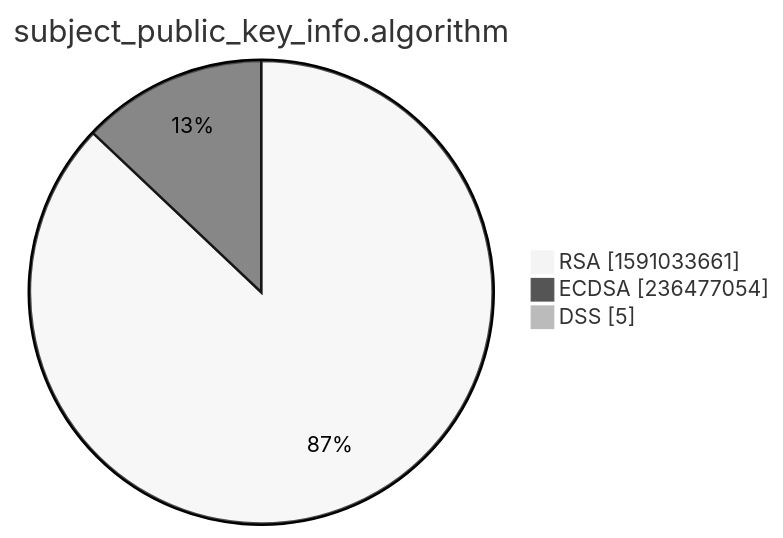
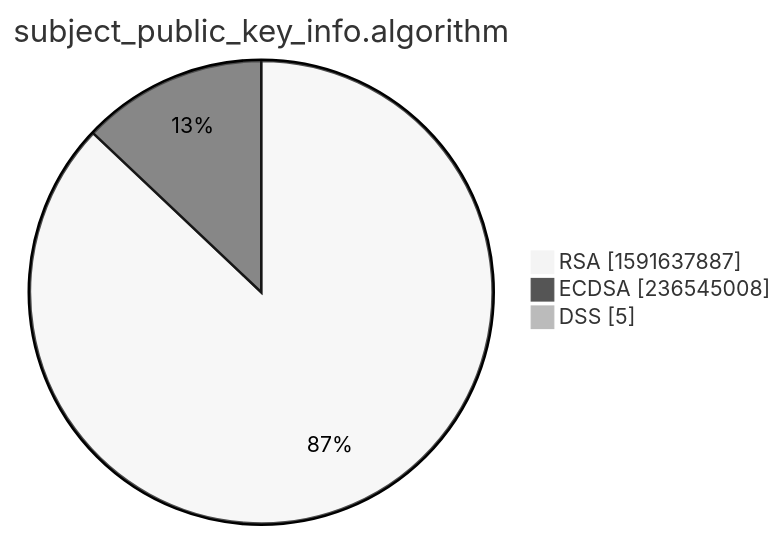
Before and after one commit to christiankrug/ctmonitor_visualization: the third of 15 diagrams in xenon2022/README.md, drawn with Mermaid (neutral theme). The commit also changed other lines of this file, not shown here.

````diff
--- a/xenon2022/README.md
+++ b/xenon2022/README.md
@@ -14,7 +14,7 @@
 ```mermaid
 pie showData
 title subject_public_key_info.algorithm
-"RSA" :1591033661
-"ECDSA" :236477054
+"RSA" :1591637887
+"ECDSA" :236545008
 "DSS" :5
 ```
````
